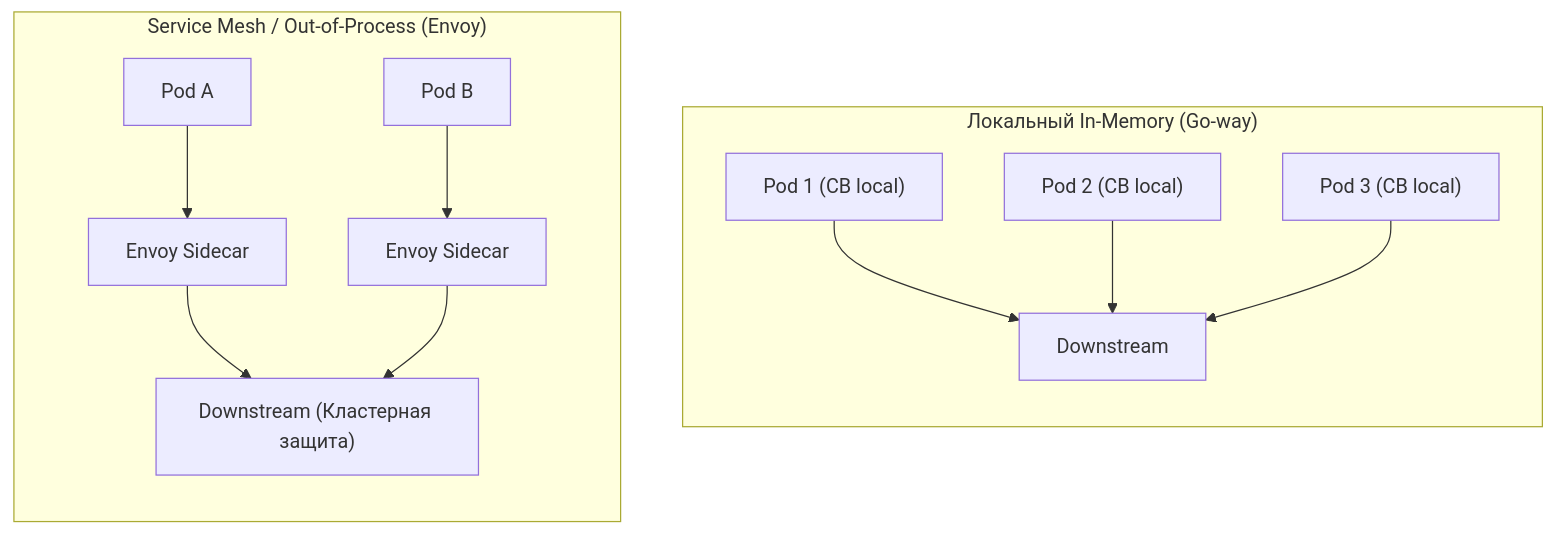
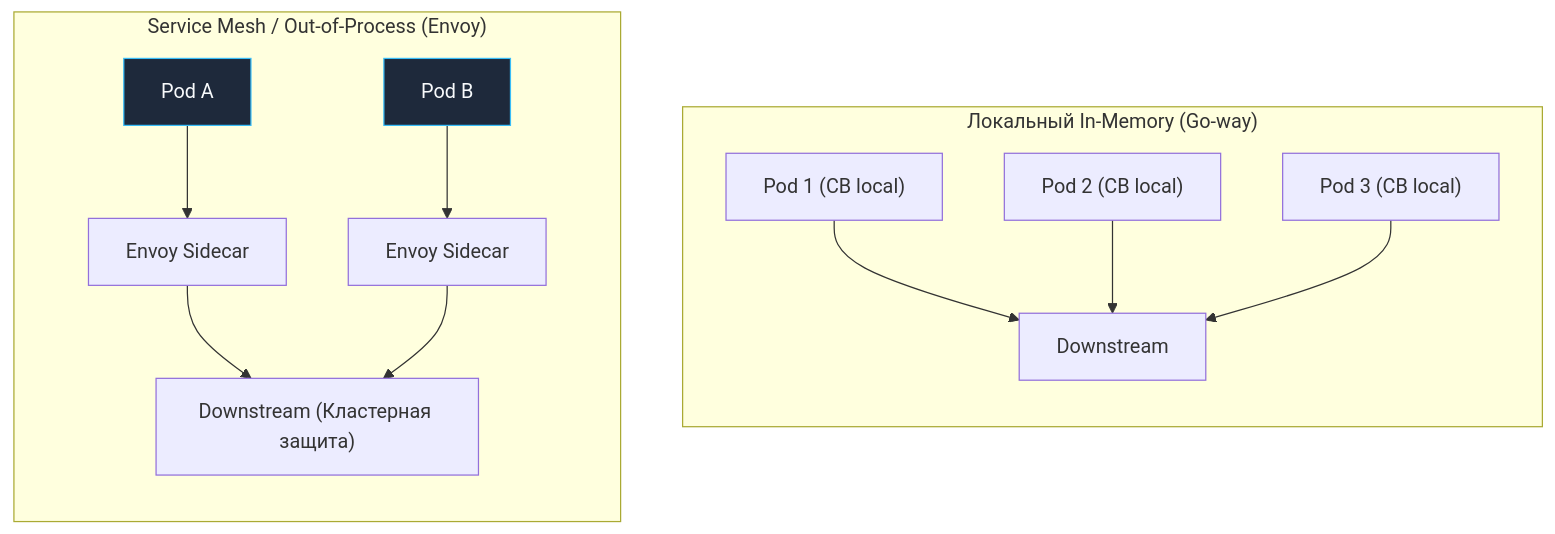
One commit to UnrealTemplier/go-textbook changed the third of 3 diagrams in sources/14. Распределенные системы на Go/05. Надежность/1. Circuit breaker.md. Above: the diagram before and after it, drawn with Mermaid. The commit also changed other lines of this file and 1666 other files, not shown here.

First line of the commit message:
feat(mermaid): add semantic color classDef to 1369 colorless flowchart/graph diagrams

````diff
--- a/sources/14. Распределенные системы на Go/05. Надежность/1. Circuit breaker.md
+++ b/sources/14. Распределенные системы на Go/05. Надежность/1. Circuit breaker.md
@@ -214,17 +234,27 @@
 ```mermaid
 flowchart TD
+    classDef process  fill:#1e293b,stroke:#38bdf8,stroke-width:1px,color:#f8fafc
+    classDef success  fill:#064e3b,stroke:#34d399,stroke-width:1px,color:#f8fafc
+    classDef error    fill:#7f1d1d,stroke:#f87171,stroke-width:1px,color:#f8fafc
+    classDef warning  fill:#78350f,stroke:#fbbf24,stroke-width:1px,color:#f8fafc
+    classDef entry    fill:#1e3a5f,stroke:#38bdf8,stroke-width:2px,color:#f8fafc
+    classDef aux      fill:#334155,stroke:#64748b,stroke-width:1px,color:#f8fafc
+    classDef system   fill:#312e81,stroke:#a78bfa,stroke-width:1px,color:#f8fafc
+    classDef data     fill:#132d29,stroke:#2dd4bf,stroke-width:1px,color:#f8fafc
+    classDef network  fill:#881337,stroke:#fb7185,stroke-width:1px,color:#f8fafc
+    classDef accent   fill:#1e1b4b,stroke:#818cf8,stroke-width:1px,color:#f8fafc
     subgraph LocalCB["Локальный In-Memory (Go-way)"]
         direction TB
         P1["Pod 1 (CB local)"]
         P2["Pod 2 (CB local)"]
         P3["Pod 3 (CB local)"]
         P1 & P2 & P3 --> Target1["Downstream"]
     end
 
     subgraph MeshCB["Service Mesh / Out-of-Process (Envoy)"]
         direction TB
-        PodA["Pod A"] --> SidecarA["Envoy Sidecar"]
-        PodB["Pod B"] --> SidecarB["Envoy Sidecar"]
+        PodA["Pod A"]:::process --> SidecarA["Envoy Sidecar"]
+        PodB["Pod B"]:::process --> SidecarB["Envoy Sidecar"]
         SidecarA & SidecarB --> Target2["Downstream (Кластерная защита)"]
     end
 ```
````
